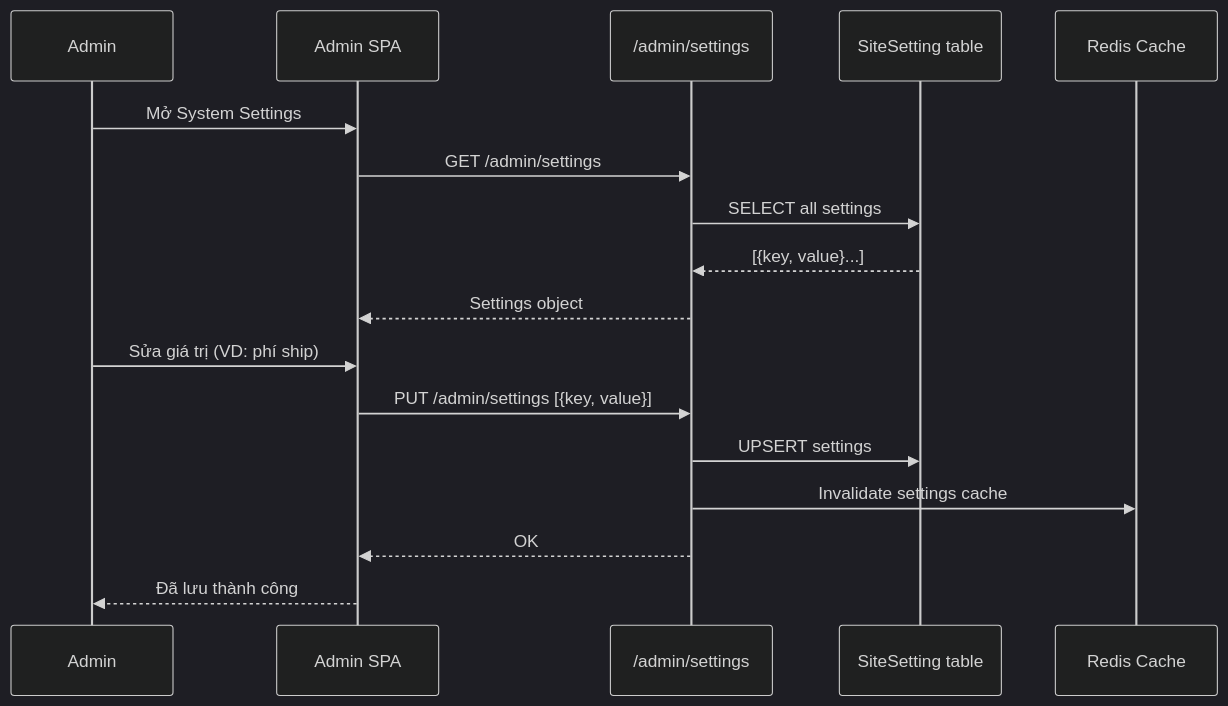
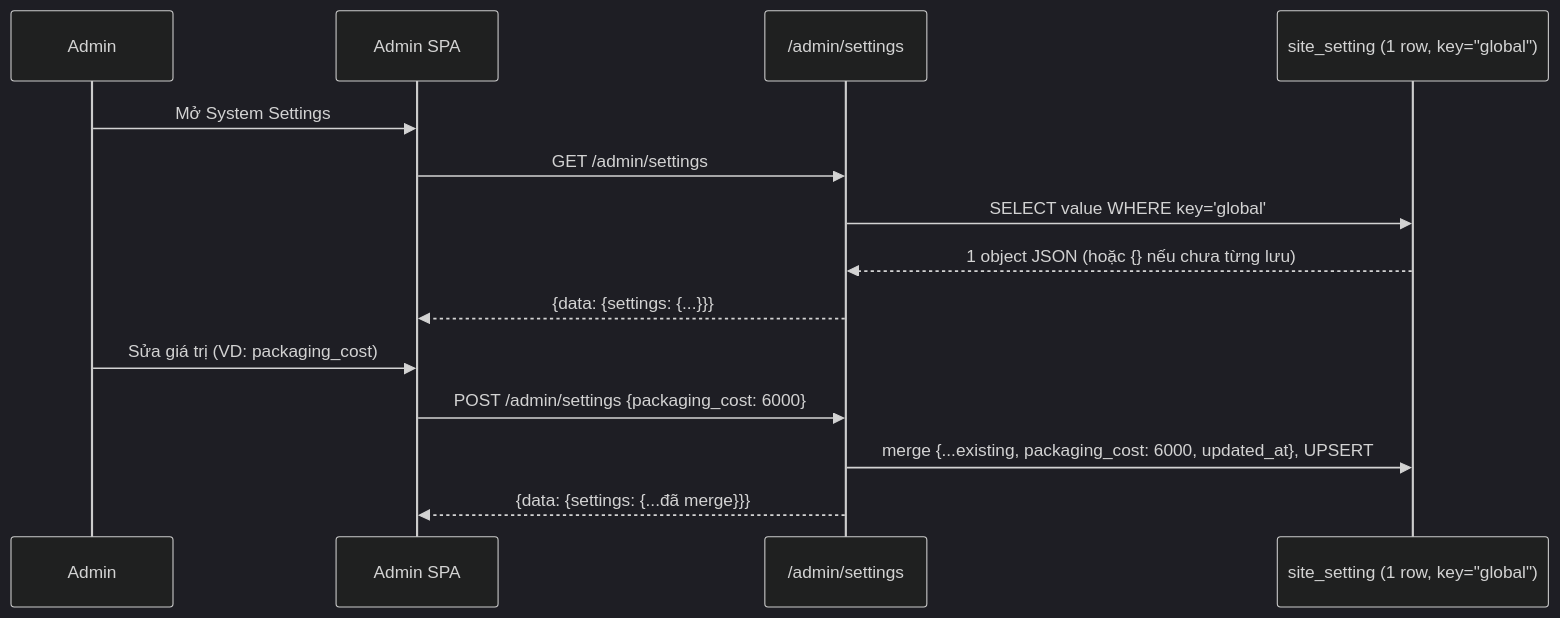
One commit to pathust/mong.fruitboxz changed the diagram in docs/08-system/README.md. Above: the diagram before and after it, drawn with Mermaid (dark theme). The commit also changed other lines of this file, not shown here.

````diff
--- a/docs/08-system/README.md
+++ b/docs/08-system/README.md
@@ -147,20 +146,17 @@
 ```mermaid
 sequenceDiagram
     participant ADM as Admin
     participant UI as Admin SPA
     participant API as /admin/settings
-    participant DB as SiteSetting table
-    participant CACHE as Redis Cache
+    participant DB as site_setting (1 row, key="global")
 
     ADM->>UI: Mở System Settings
     UI->>API: GET /admin/settings
-    API->>DB: SELECT all settings
-    DB-->>API: [{key, value}...]
-    API-->>UI: Settings object
-    ADM->>UI: Sửa giá trị (VD: phí ship)
-    UI->>API: PUT /admin/settings [{key, value}]
-    API->>DB: UPSERT settings
-    API->>CACHE: Invalidate settings cache
-    API-->>UI: OK
-    UI-->>ADM: Đã lưu thành công
+    API->>DB: SELECT value WHERE key='global'
+    DB-->>API: 1 object JSON (hoặc {} nếu chưa từng lưu)
+    API-->>UI: {data: {settings: {...}}}
+    ADM->>UI: Sửa giá trị (VD: packaging_cost)
+    UI->>API: POST /admin/settings {packaging_cost: 6000}
+    API->>DB: merge {...existing, packaging_cost: 6000, updated_at}, UPSERT
+    API-->>UI: {data: {settings: {...đã merge}}}
 ```
````
